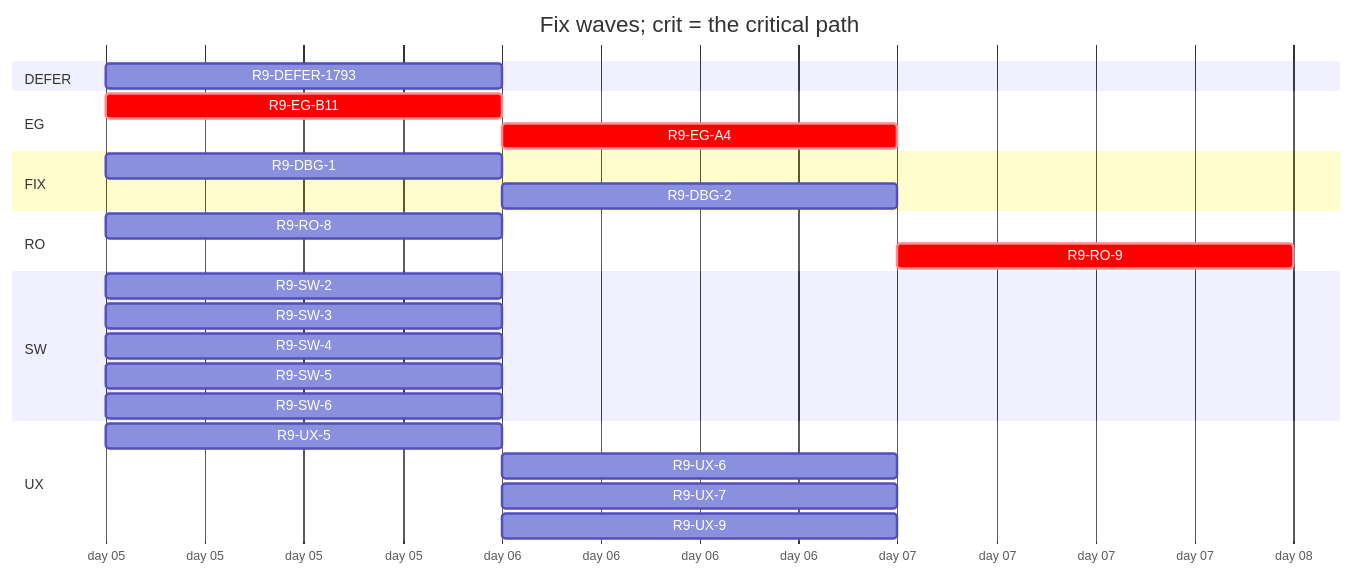
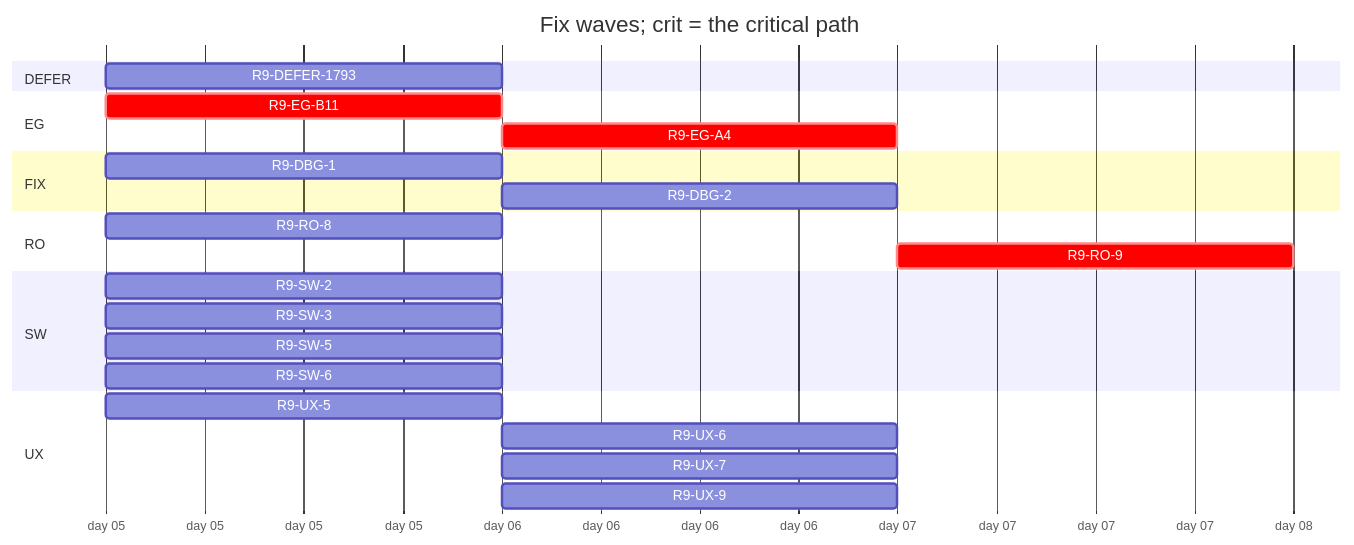
Before and after one commit to tvofi/heatpump_optimizer: the diagram in handoff/round9/state/PLAN-TABLE.md, drawn with Mermaid. The commit also changed other lines of this file and 2 other files, not shown here.

````diff
--- a/handoff/round9/state/PLAN-TABLE.md
+++ b/handoff/round9/state/PLAN-TABLE.md
@@ -19,28 +19,27 @@
 ```mermaid
 gantt
   title Fix waves; crit = the critical path
   dateFormat YYYY-MM-DD
   axisFormat day %d
   section DEFER
     R9-DEFER-1793 :r9DEFER1793, 2026-01-05, 1d
   section EG
     R9-EG-B11 :crit, r9EGB11, 2026-01-05, 1d
     R9-EG-A4 :crit, r9EGA4, after r9EGB11, 1d
   section FIX
     R9-DBG-1 :r9DBG1, 2026-01-05, 1d
     R9-DBG-2 :r9DBG2, after r9DBG1, 1d
   section RO
     R9-RO-8 :r9RO8, 2026-01-05, 1d
-    R9-RO-9 :crit, r9RO9, after r9RO8 r9EGA4 r9SW4 r9UX5 r9UX6 r9UX7, 1d
+    R9-RO-9 :crit, r9RO9, after r9RO8 r9EGA4 r9UX5 r9UX6 r9UX7, 1d
   section SW
     R9-SW-2 :r9SW2, 2026-01-05, 1d
     R9-SW-3 :r9SW3, 2026-01-05, 1d
-    R9-SW-4 :r9SW4, 2026-01-05, 1d
     R9-SW-5 :r9SW5, 2026-01-05, 1d
     R9-SW-6 :r9SW6, 2026-01-05, 1d
   section UX
     R9-UX-5 :r9UX5, 2026-01-05, 1d
     R9-UX-6 :r9UX6, after r9EGB11 r9UX5, 1d
     R9-UX-7 :r9UX7, after r9EGB11 r9UX5, 1d
     R9-UX-9 :r9UX9, after r9SW6, 1d
 ```
````
